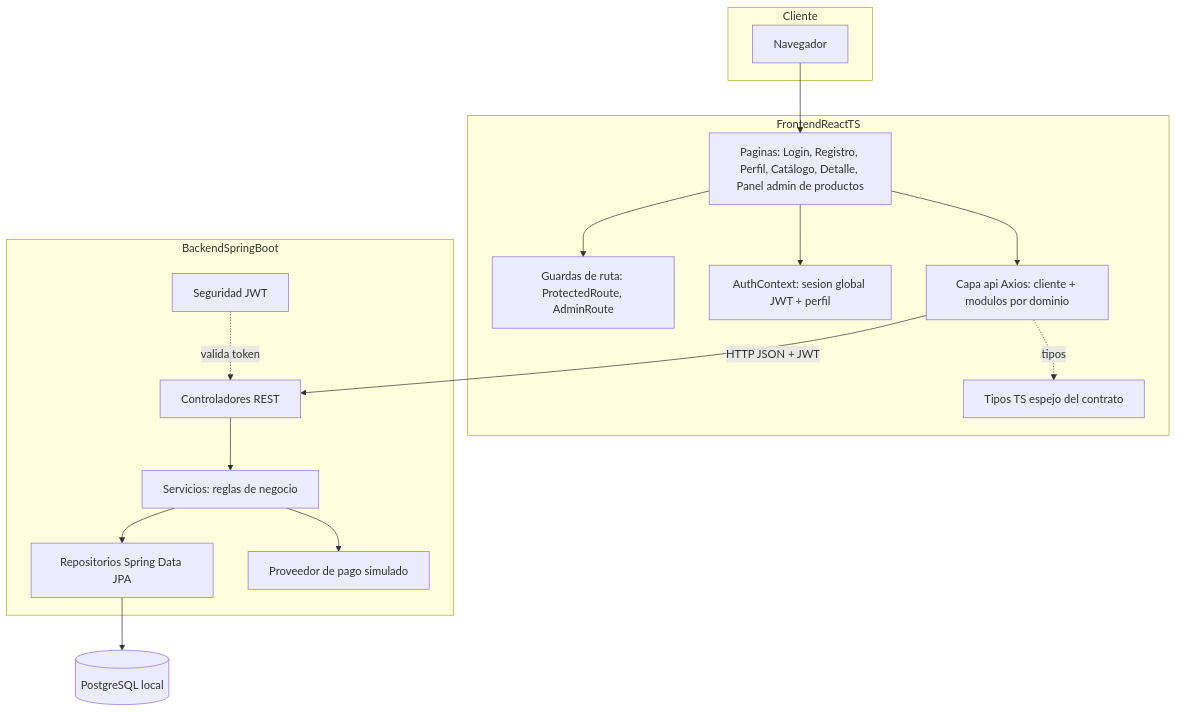
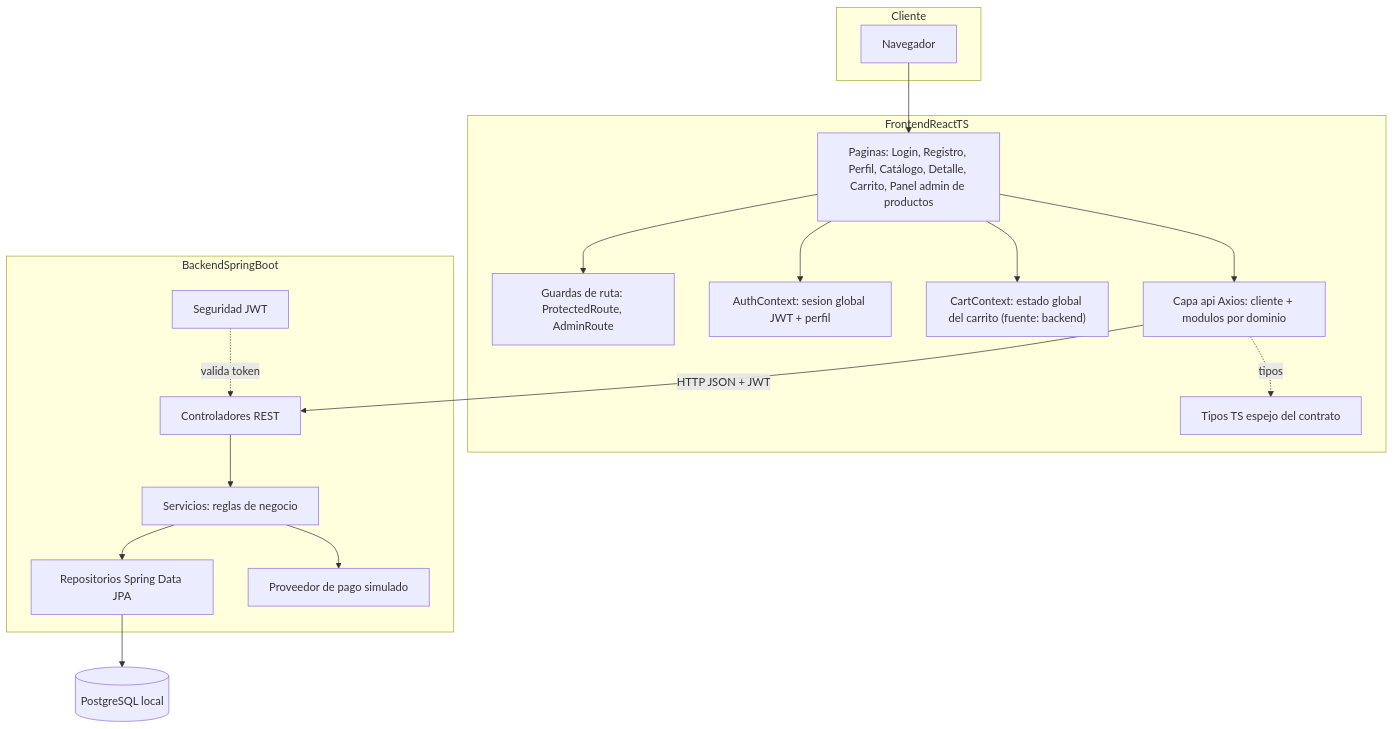
Before and after one commit to ShryhakAkizuki/Arquitectura_E-commerce_Ingesoft-II: the first of 3 diagrams in docs/arquitectura.md, drawn with Mermaid. The commit also changed other lines of this file and 13 other files, not shown here.

Commit message:
Frontend: módulo de carrito (estado global CartContext/useCart, página /cart y agregado al carrito en catálogo y detalle) y documentación

````diff
--- a/docs/arquitectura.md
+++ b/docs/arquitectura.md
@@ -31,36 +31,38 @@
 ```mermaid
 flowchart TB
     subgraph Cliente
         B[Navegador]
     end
 
     subgraph FrontendReactTS
-        P["Paginas: Login, Registro, Perfil, Catálogo, Detalle, Panel admin de productos"]
+        P["Paginas: Login, Registro, Perfil, Catálogo, Detalle, Carrito, Panel admin de productos"]
         G["Guardas de ruta: ProtectedRoute, AdminRoute"]
         C["AuthContext: sesion global JWT + perfil"]
+        K["CartContext: estado global del carrito (fuente: backend)"]
         A["Capa api Axios: cliente + modulos por dominio"]
         T["Tipos TS espejo del contrato"]
     end
 
     subgraph BackendSpringBoot
         CTRL[Controladores REST]
         SVC[Servicios: reglas de negocio]
         REPO[Repositorios Spring Data JPA]
         SEC[Seguridad JWT]
         PAY[Proveedor de pago simulado]
     end
 
     DB[(PostgreSQL local)]
 
     B --> P
     P --> G
     P --> C
+    P --> K
     P --> A
     A -. tipos .-> T
     A -- HTTP JSON + JWT --> CTRL
     CTRL --> SVC
     SVC --> REPO
     SVC --> PAY
     SEC -. valida token .-> CTRL
     REPO --> DB
 ```
````
